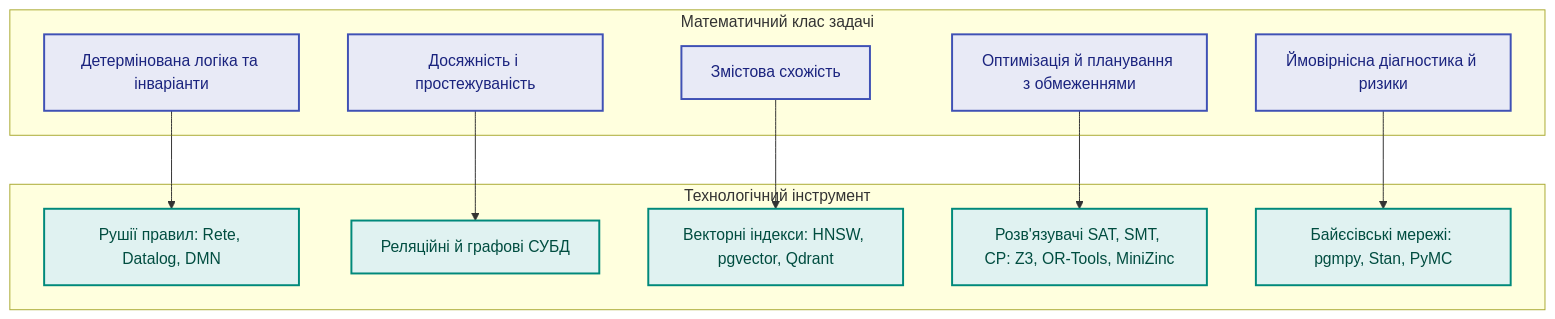
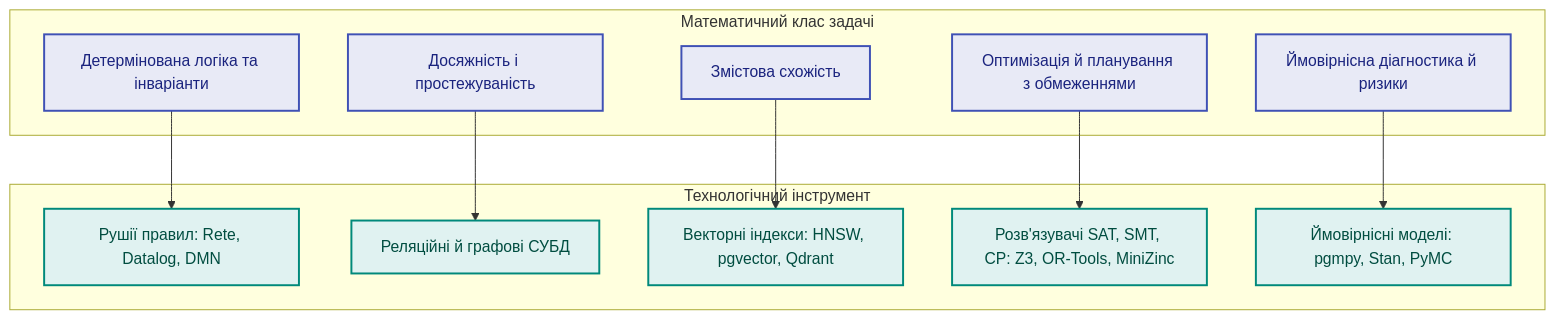
Before and after one commit to nick-fedchik/articles: the first of 6 diagrams in ExpertSystem/ch17-implementation-stack.md, drawn with Mermaid. The commit also changed other lines of this file and 7 other files, not shown here.

````diff
--- a/ExpertSystem/ch17-implementation-stack.md
+++ b/ExpertSystem/ch17-implementation-stack.md
@@ -39,33 +47,33 @@
 ```mermaid
 flowchart TD
     accTitle: Відповідність математичних класів задач технологічним інструментам
     accDescr: П'ять класів задач, від детермінованої логіки до ймовірнісної діагностики, і класи інструментів, що їм відповідають.
 
     subgraph Math["Математичний клас задачі"]
         M1["Детермінована логіка та інваріанти"]
         M2["Досяжність і простежуваність"]
         M3["Змістова схожість"]
         M4["Оптимізація й планування з обмеженнями"]
         M5["Ймовірнісна діагностика й ризики"]
     end
 
     subgraph Tech["Технологічний інструмент"]
         T1["Рушії правил: Rete, Datalog, DMN"]
         T2["Реляційні й графові СУБД"]
         T3["Векторні індекси: HNSW, pgvector, Qdrant"]
         T4["Розв'язувачі SAT, SMT, CP: Z3, OR-Tools, MiniZinc"]
-        T5["Байєсівські мережі: pgmpy, Stan, PyMC"]
+        T5["Ймовірнісні моделі: pgmpy, Stan, PyMC"]
     end
 
     M1 --> T1
     M2 --> T2
     M3 --> T3
     M4 --> T4
     M5 --> T5
 
     classDef math fill:#e8eaf6,stroke:#3f51b5,stroke-width:2px,color:#1a237e;
     classDef tech fill:#e0f2f1,stroke:#00897b,stroke-width:2px,color:#004d40;
 
     class M1,M2,M3,M4,M5 math;
     class T1,T2,T3,T4,T5 tech;
 ```
````
